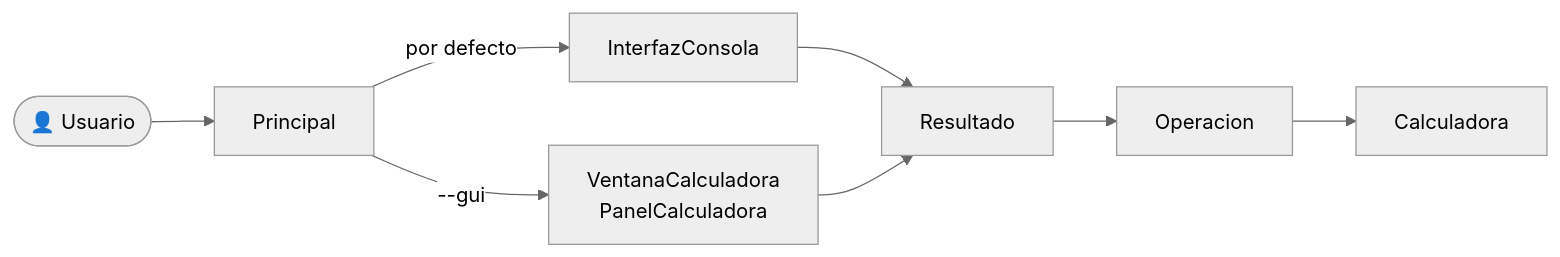
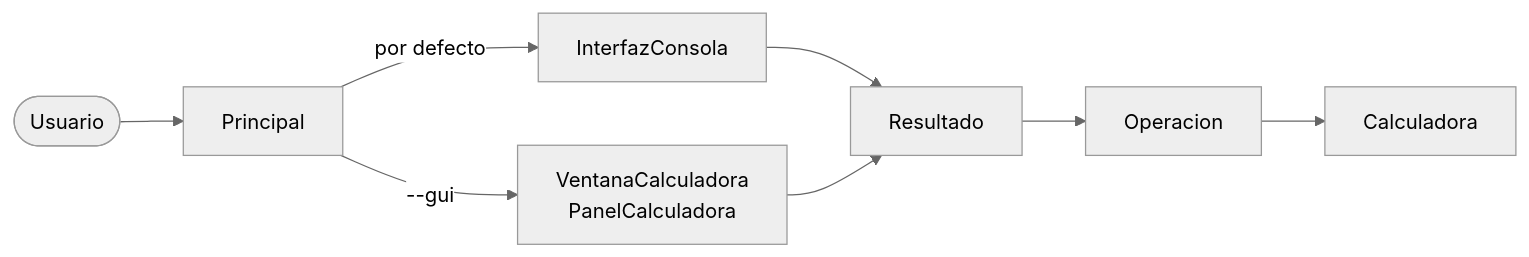
Before and after one commit to ssantivr/TRABAJO-DE-CALIDAD-DE-SOFTWARE: the diagram in README.md, drawn with Mermaid (neutral theme). The commit also changed other lines of this file, not shown here.

````diff
--- a/README.md
+++ b/README.md
@@ -147,10 +147,10 @@
 ```mermaid
 flowchart LR
-    U([👤 Usuario]) --> P[Principal]
+    U([Usuario]) --> P[Principal]
     P -->|por defecto| IC[InterfazConsola]
     P -->|--gui| V[VentanaCalculadora<br>PanelCalculadora]
     IC --> R[Resultado]
     V --> R
     R --> O[Operacion]
     O --> C[Calculadora]
 ```
````
